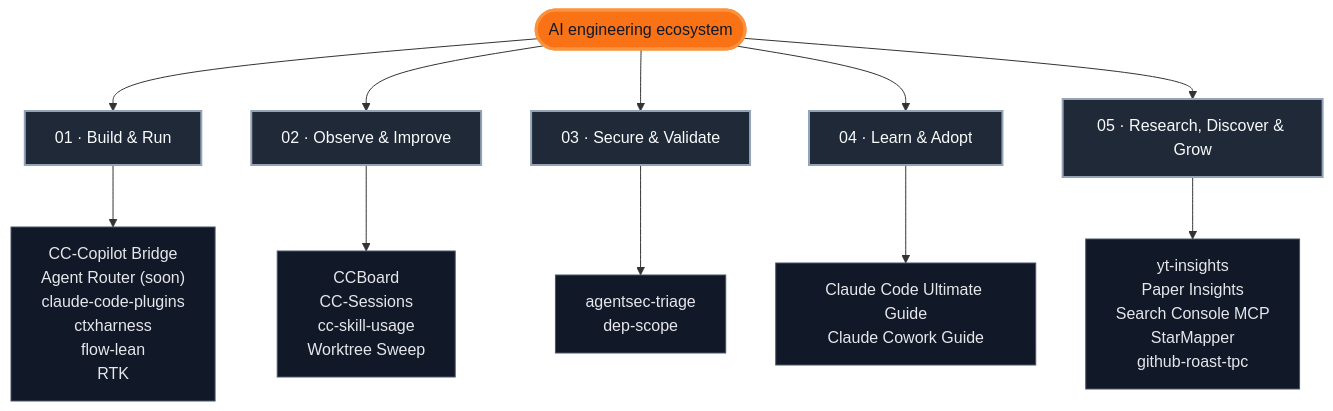
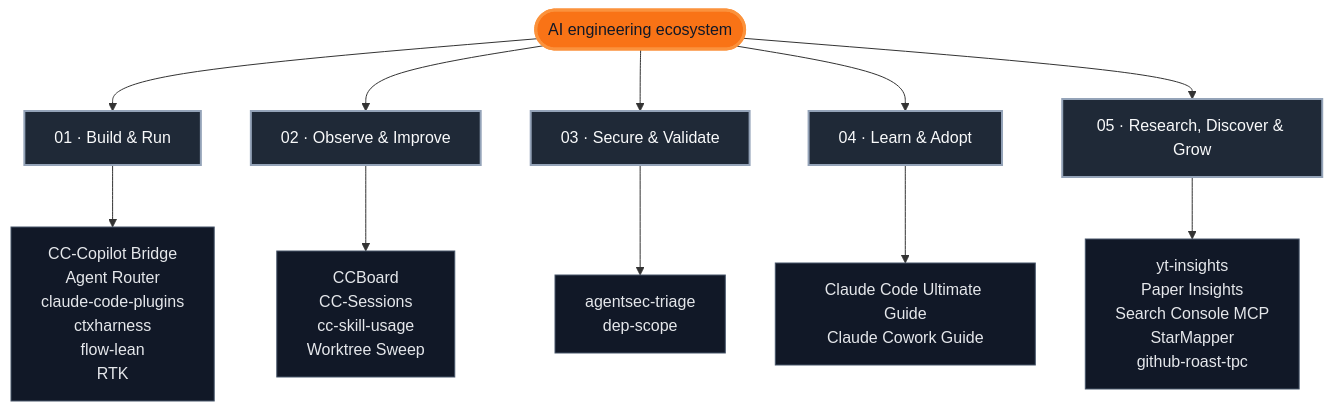
One commit to FlorianBruniaux/FlorianBruniaux changed the diagram in README.md. Above: the diagram before and after it, drawn with Mermaid. The commit also changed other lines of this file and 3 other files, not shown here.

First line of the commit message:
docs(profile): link Agent Router to its public repository

````diff
--- a/README.md
+++ b/README.md
@@ -92,22 +92,22 @@
 ```mermaid
 flowchart TB
   accTitle: AI engineering ecosystem map
   accDescr: Five routes connect the ecosystem hub to all 19 projects
   hub(["AI engineering ecosystem"])
   hub --> build_run["01 · Build & Run"]
-  build_run --> build_run_projects["CC-Copilot Bridge<br/>Agent Router (soon)<br/>claude-code-plugins<br/>ctxharness<br/>flow-lean<br/>RTK"]
+  build_run --> build_run_projects["CC-Copilot Bridge<br/>Agent Router<br/>claude-code-plugins<br/>ctxharness<br/>flow-lean<br/>RTK"]
   hub --> observe_improve["02 · Observe & Improve"]
   observe_improve --> observe_improve_projects["CCBoard<br/>CC-Sessions<br/>cc-skill-usage<br/>Worktree Sweep"]
   hub --> secure_validate["03 · Secure & Validate"]
   secure_validate --> secure_validate_projects["agentsec-triage<br/>dep-scope"]
   hub --> learn_adopt["04 · Learn & Adopt"]
   learn_adopt --> learn_adopt_projects["Claude Code Ultimate Guide<br/>Claude Cowork Guide"]
   hub --> research_discover_grow["05 · Research, Discover & Grow"]
   research_discover_grow --> research_discover_grow_projects["yt-insights<br/>Paper Insights<br/>Search Console MCP<br/>StarMapper<br/>github-roast-tpc"]
   classDef hub fill:#f97316,color:#111827,stroke:#fb923c,stroke-width:3px
   classDef route fill:#1f2937,color:#f9fafb,stroke:#94a3b8,stroke-width:2px
   classDef projects fill:#111827,color:#e5e7eb,stroke:#475569
   class hub hub
   class build_run,observe_improve,secure_validate,learn_adopt,research_discover_grow route
   class build_run_projects,observe_improve_projects,secure_validate_projects,learn_adopt_projects,research_discover_grow_projects projects
 ```
````
